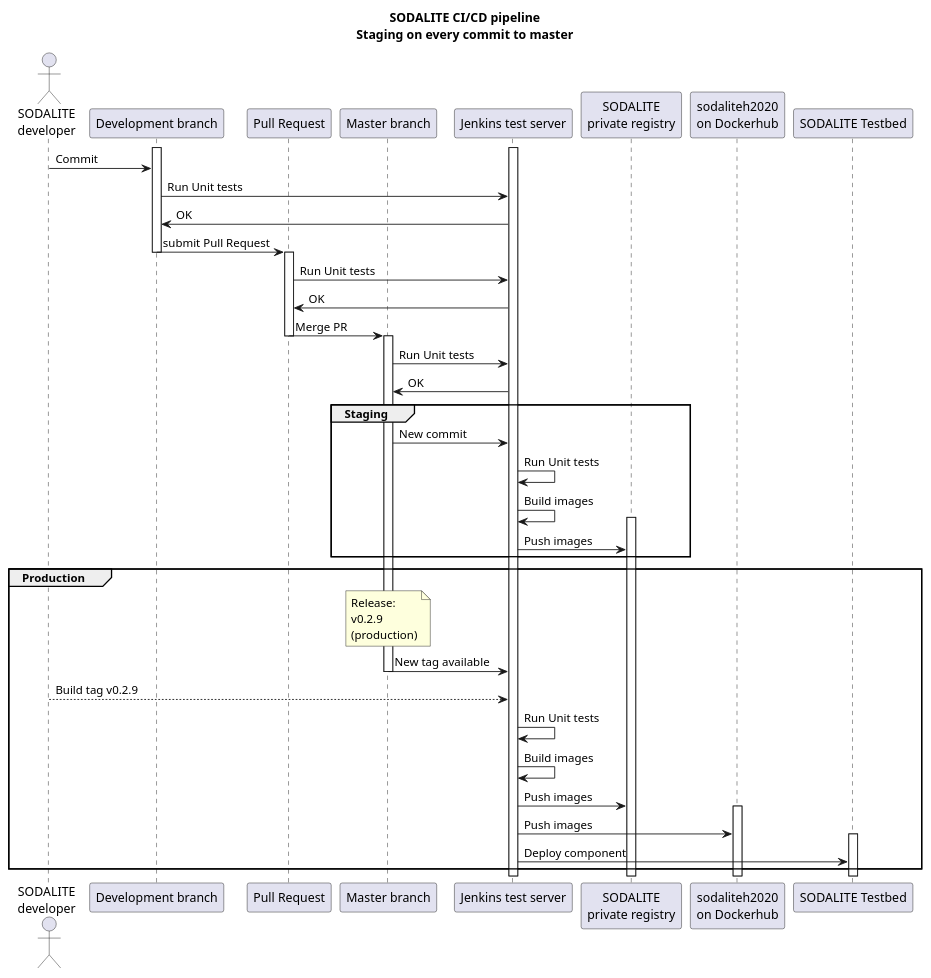
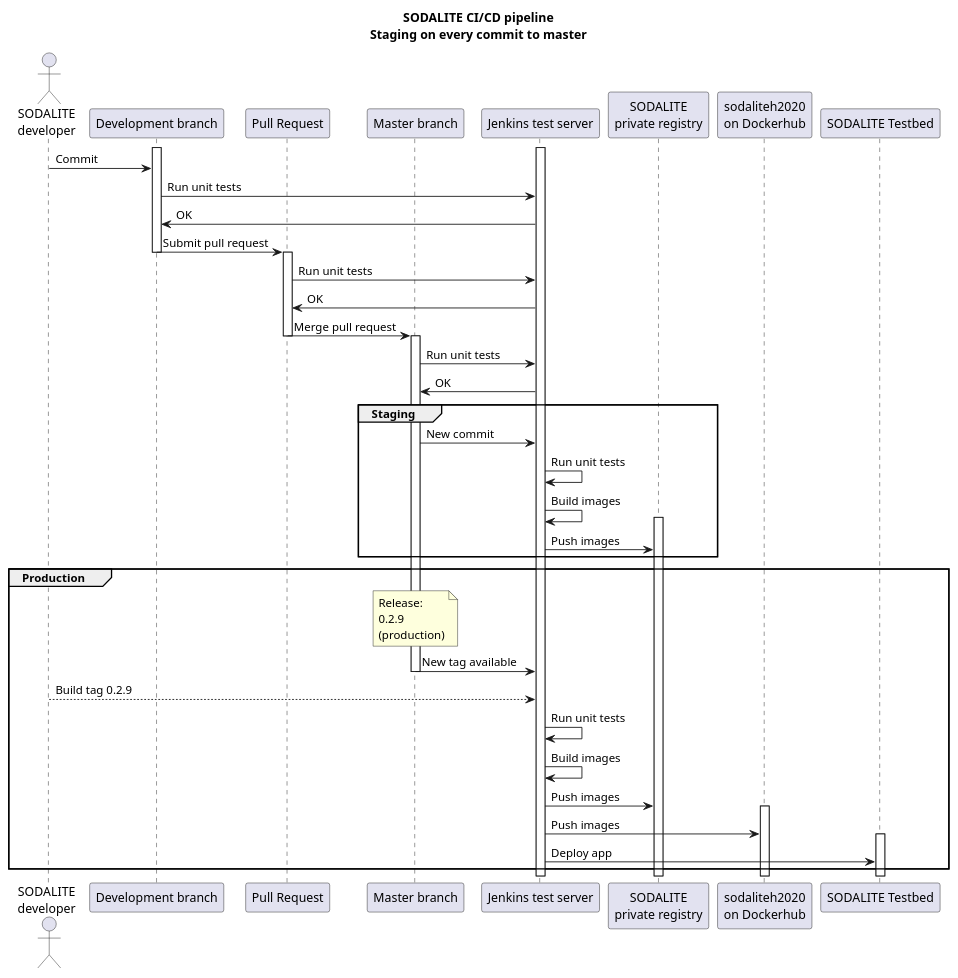
Before and after one commit to SODALITE-EU/project-wide-documentation: the diagram in uml/sequence-diagrams/CI-CD/CI-CD-commit-on-master.puml, drawn with PlantUML. The commit also changed 1 other file, not shown here.

Commit message:
Improve CI-CD diagrams

```diff
--- a/uml/sequence-diagrams/CI-CD/CI-CD-commit-on-master.puml
+++ b/uml/sequence-diagrams/CI-CD/CI-CD-commit-on-master.puml
@@ -1,79 +1,79 @@
 @startuml
 
 title SODALITE CI/CD pipeline\nStaging on every commit to master
 
 actor "SODALITE\ndeveloper" as human
 
 participant "Development branch" as dev
 participant "Pull Request" as pr
 participant "Master branch" as master
 participant "Jenkins test server" as jenkins
 participant "SODALITE\nprivate registry" as private_registry
 participant "sodaliteh2020\non Dockerhub" as dockerhub
 participant "SODALITE Testbed" as testbed
 
 activate dev
 activate jenkins
 
 human -> dev: Commit
-dev -> jenkins: Run Unit tests
+dev -> jenkins: Run unit tests
 dev <- jenkins: OK
 
 ' human -> dev: Commit #2
-' dev --> jenkins: Run Unit tests
+' dev --> jenkins: Run unit tests
 ' dev <-- jenkins: fail
 ' ...
 ' human -> dev: Commit #n
-' dev -> jenkins: Run Unit tests
+' dev -> jenkins: Run unit tests
 ' dev <- jenkins: OK
 
 
-dev -> pr: submit Pull Request
+dev -> pr: Submit pull request
 deactivate dev
 activate pr
 
 
-pr -> jenkins: Run Unit tests
+pr -> jenkins: Run unit tests
 pr <- jenkins: OK
-pr -> master: Merge PR
+pr -> master: Merge pull request
 deactivate pr
 activate master
 
-master -> jenkins: Run Unit tests
+master -> jenkins: Run unit tests
 master <- jenkins: OK
 
 group Staging
 master -> jenkins: New commit
 ' deactivate master
-jenkins -> jenkins: Run Unit tests
+jenkins -> jenkins: Run unit tests
 
 
 jenkins -> jenkins: Build images
 activate private_registry
 jenkins -> private_registry: Push images
 end
 
 
 group Production
 activate master
 
-note over master: Release:\nv0.2.9\n(production)
+note over master: Release:\n0.2.9\n(production)
 
 
 master -> jenkins: New tag available
 deactivate master
 
-human --> jenkins: Build tag v0.2.9
-jenkins -> jenkins: Run Unit tests
+human --> jenkins: Build tag 0.2.9
+jenkins -> jenkins: Run unit tests
 jenkins -> jenkins: Build images
 jenkins -> private_registry: Push images
 activate dockerhub
 jenkins -> dockerhub: Push images
 activate testbed
-jenkins -> testbed: Deploy component
+jenkins -> testbed: Deploy app
 end
 
 
 
 
 @enduml
```
